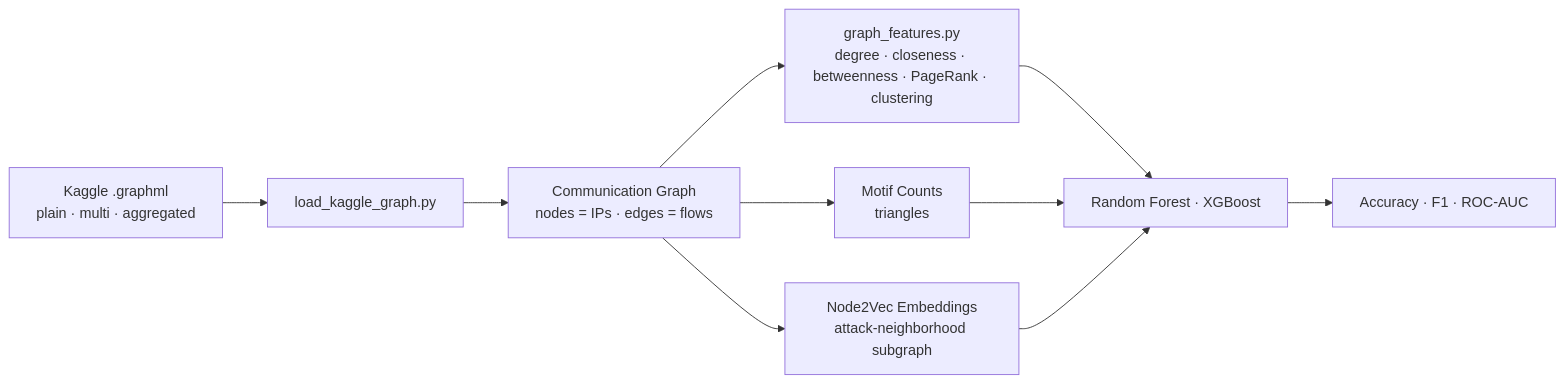
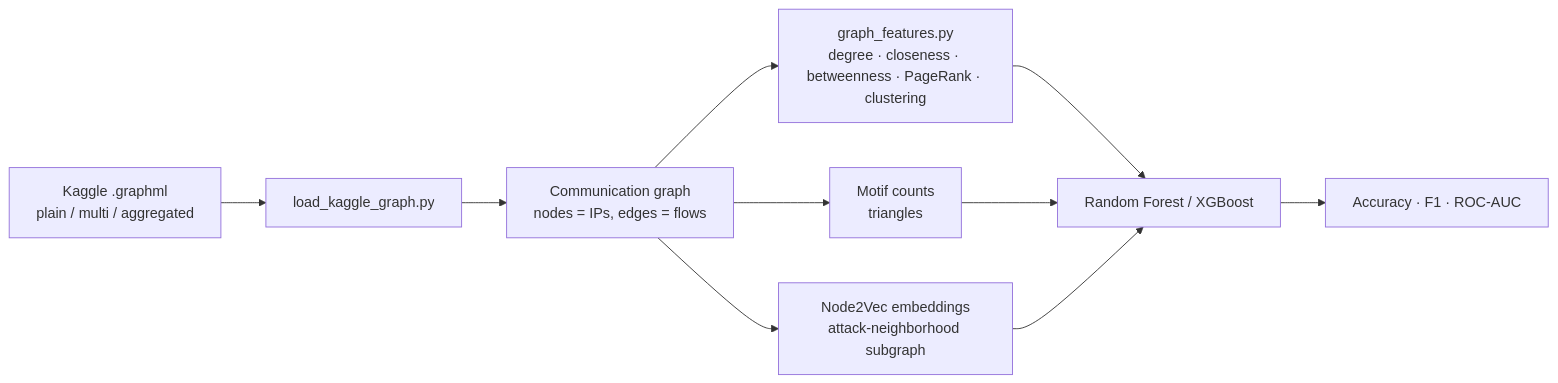
One commit to Mangesh-Bhattacharya/graph-based-network-intrusion-detection changed the diagram in README.md. Above: the diagram before and after it, drawn with Mermaid. The commit also changed other lines of this file, not shown here.

````diff
--- a/README.md
+++ b/README.md
@@ -87,13 +97,12 @@
 ```mermaid
 flowchart LR
-    K[Kaggle .graphml<br/>plain · multi · aggregated] --> L[load_kaggle_graph.py]
-    L --> C[Communication Graph<br/>nodes = IPs · edges = flows]
+    K[Kaggle .graphml<br/>plain / multi / aggregated] --> L[load_kaggle_graph.py]
+    L --> C[Communication graph<br/>nodes = IPs, edges = flows]
     C --> D[graph_features.py<br/>degree · closeness · betweenness · PageRank · clustering]
-    C --> E[Motif Counts<br/>triangles]
-    C --> F[Node2Vec Embeddings<br/>attack-neighborhood subgraph]
-    D --> G[Random Forest · XGBoost]
+    C --> E[Motif counts<br/>triangles]
+    C --> F[Node2Vec embeddings<br/>attack-neighborhood subgraph]
+    D --> G[Random Forest / XGBoost]
     E --> G
     F --> G
     G --> H[Accuracy · F1 · ROC-AUC]
-
 ```
````
